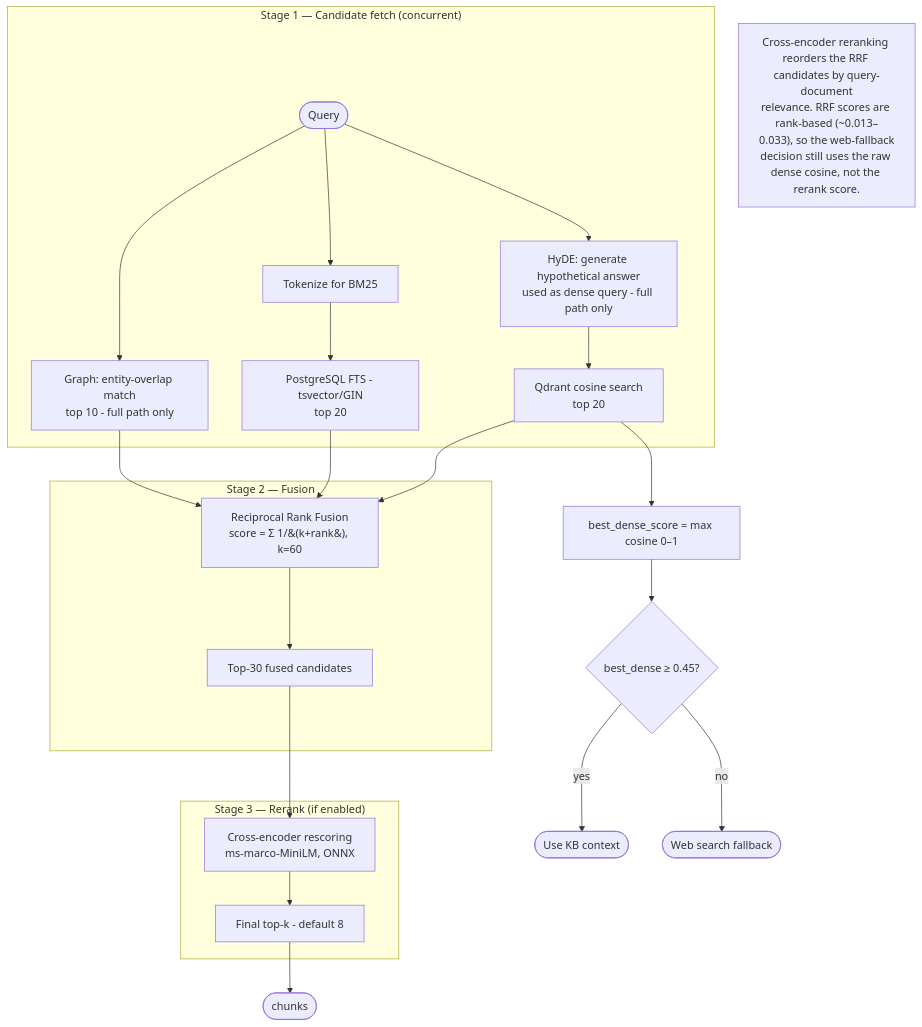
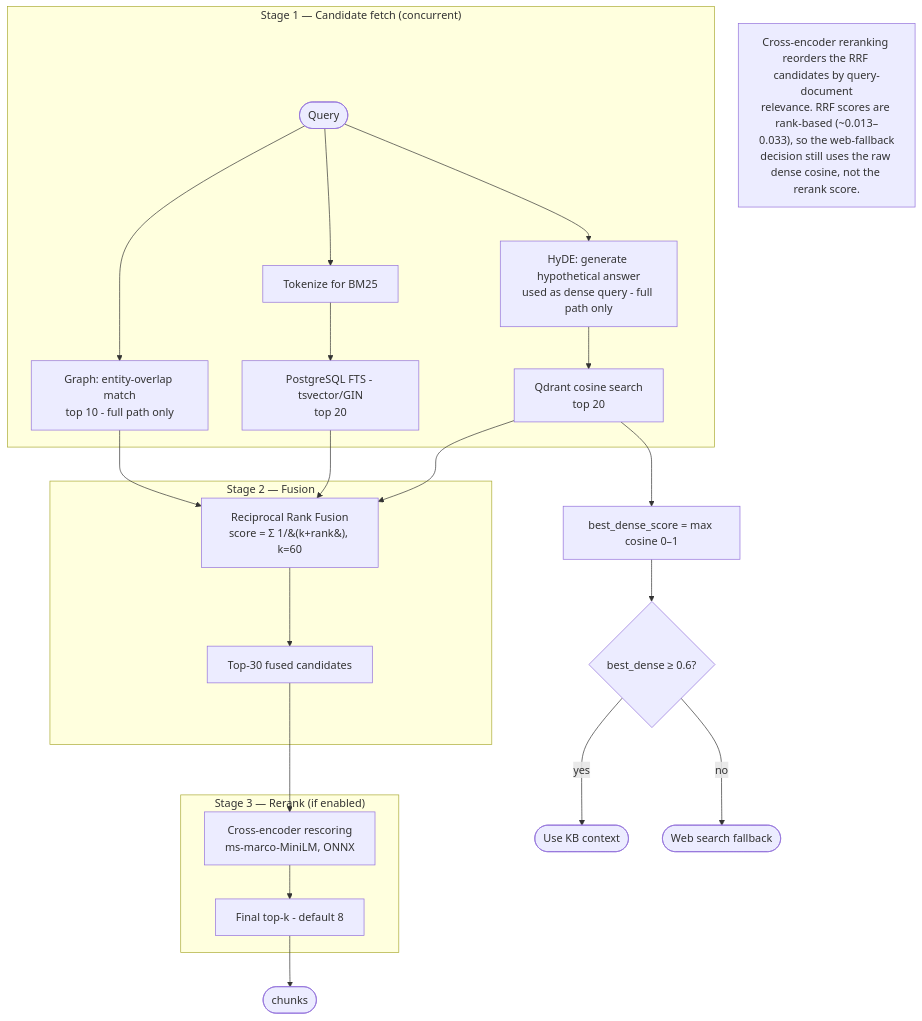
One commit to anuragchaubey1224/Verity changed the third of 9 diagrams in Architecture/FLOW_DIAGRAM.md. Above: the diagram before and after it, drawn with Mermaid. The commit also changed other lines of this file and 3 other files, not shown here.

First line of the commit message:
docs: correct stale values in flow diagram, UI copy, and code comments

````diff
--- a/Architecture/FLOW_DIAGRAM.md
+++ b/Architecture/FLOW_DIAGRAM.md
@@ -76,31 +76,31 @@
 ```mermaid
 flowchart TD
     A([Query]) --> HY[HyDE: generate hypothetical answer<br/>used as dense query - full path only]
     A --> SP[Tokenize for BM25]
 
     subgraph Stage1["Stage 1 — Candidate fetch (concurrent)"]
         HY --> D[Qdrant cosine search<br/>top 20]
         SP --> S[PostgreSQL FTS - tsvector/GIN<br/>top 20]
         A --> GR[Graph: entity-overlap match<br/>top 10 - full path only]
     end
 
     subgraph Stage2["Stage 2 — Fusion"]
         D --> RRF[Reciprocal Rank Fusion<br/>score = Σ 1/&#40;k+rank&#41;, k=60]
         S --> RRF
         GR --> RRF
         RRF --> CAND[Top-30 fused candidates]
     end
 
     subgraph Stage3["Stage 3 — Rerank (if enabled)"]
         CAND --> CE[Cross-encoder rescoring<br/>ms-marco-MiniLM, ONNX]
         CE --> TOP[Final top-k - default 8]
     end
 
     D --> BD[best_dense_score = max cosine 0–1]
     TOP --> OUT([chunks])
-    BD --> THR{best_dense ≥ 0.45?}
+    BD --> THR{best_dense ≥ 0.6?}
     THR -->|yes| USE([Use KB context])
     THR -->|no| FALL([Web search fallback])
 
     note["Cross-encoder reranking reorders the RRF candidates by query-document<br/>relevance. RRF scores are rank-based (~0.013–0.033), so the web-fallback<br/>decision still uses the raw dense cosine, not the rerank score."]
 ```
````
